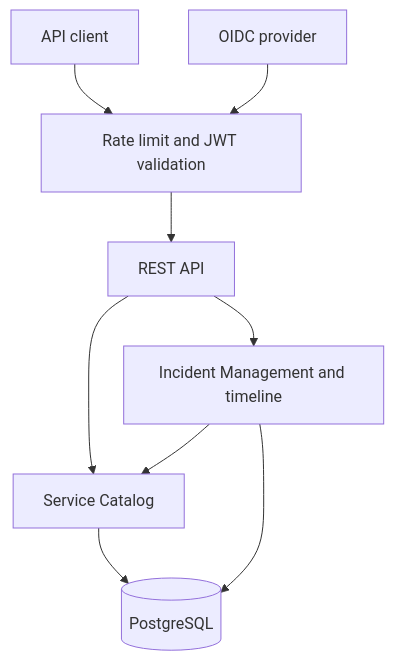
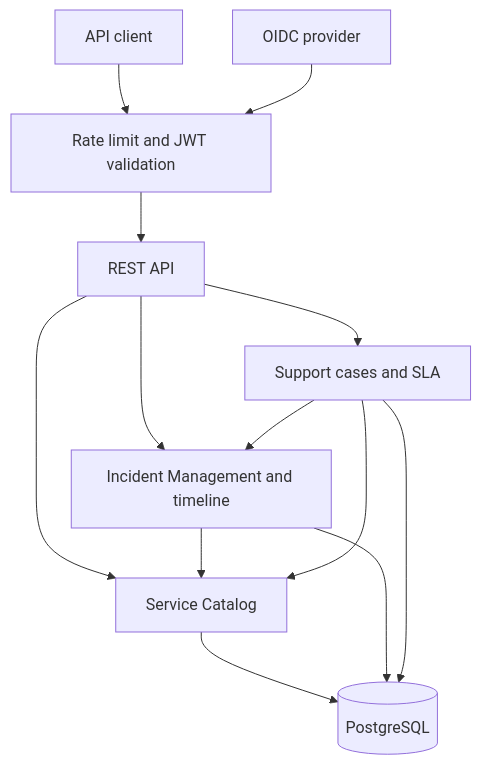
Before and after one commit to ahmadkadri978/rheinops-platform: the diagram in README.md, drawn with Mermaid. The commit also changed other lines of this file and 69 other files, not shown here.

First line of the commit message:
feat: add SLA-driven customer support workflows (#7)

````diff
--- a/README.md
+++ b/README.md
@@ -31,11 +33,15 @@
 ```mermaid
 flowchart TD
     Client[API client] --> Security[Rate limit and JWT validation]
     Keycloak[OIDC provider] --> Security
     Security --> Web[REST API]
     Web --> Catalog[Service Catalog]
     Web --> Incidents[Incident Management and timeline]
+    Web --> Support[Support cases and SLA]
     Incidents --> Catalog
+    Support --> Incidents
+    Support --> Catalog
     Catalog --> Database[(PostgreSQL)]
     Incidents --> Database
+    Support --> Database
 ```
````
